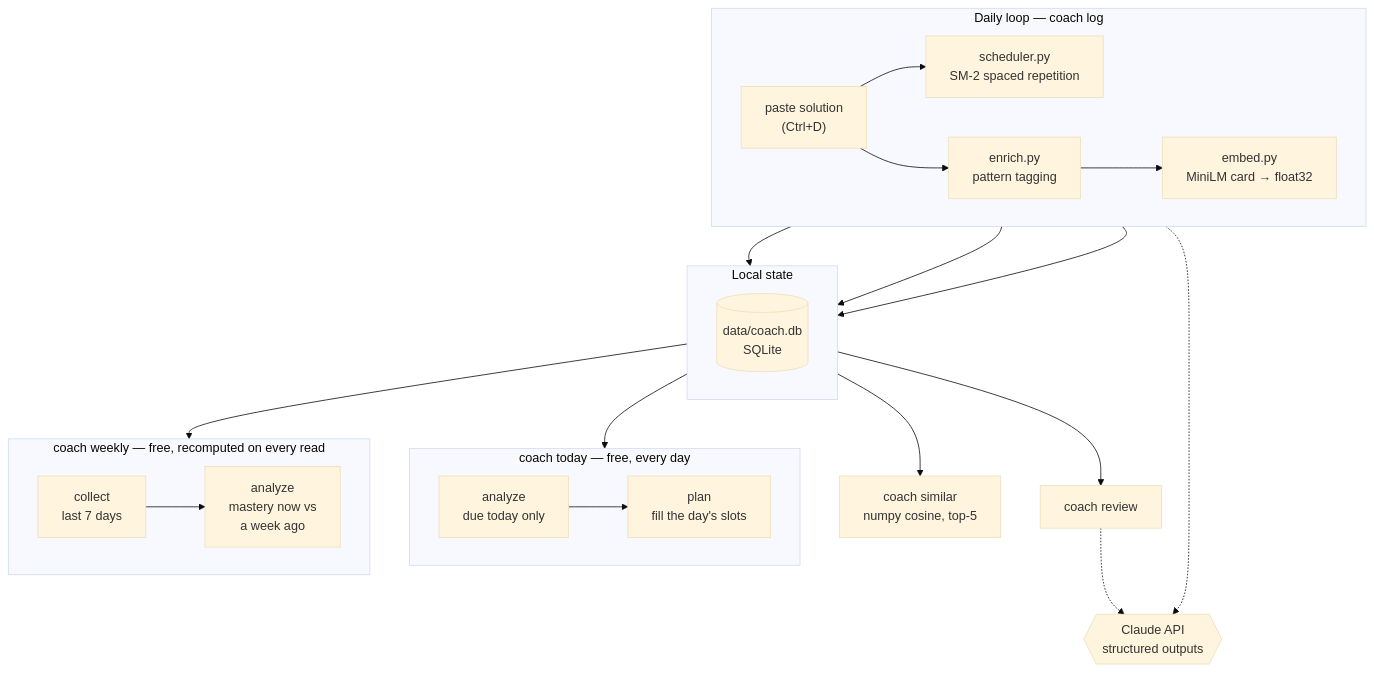
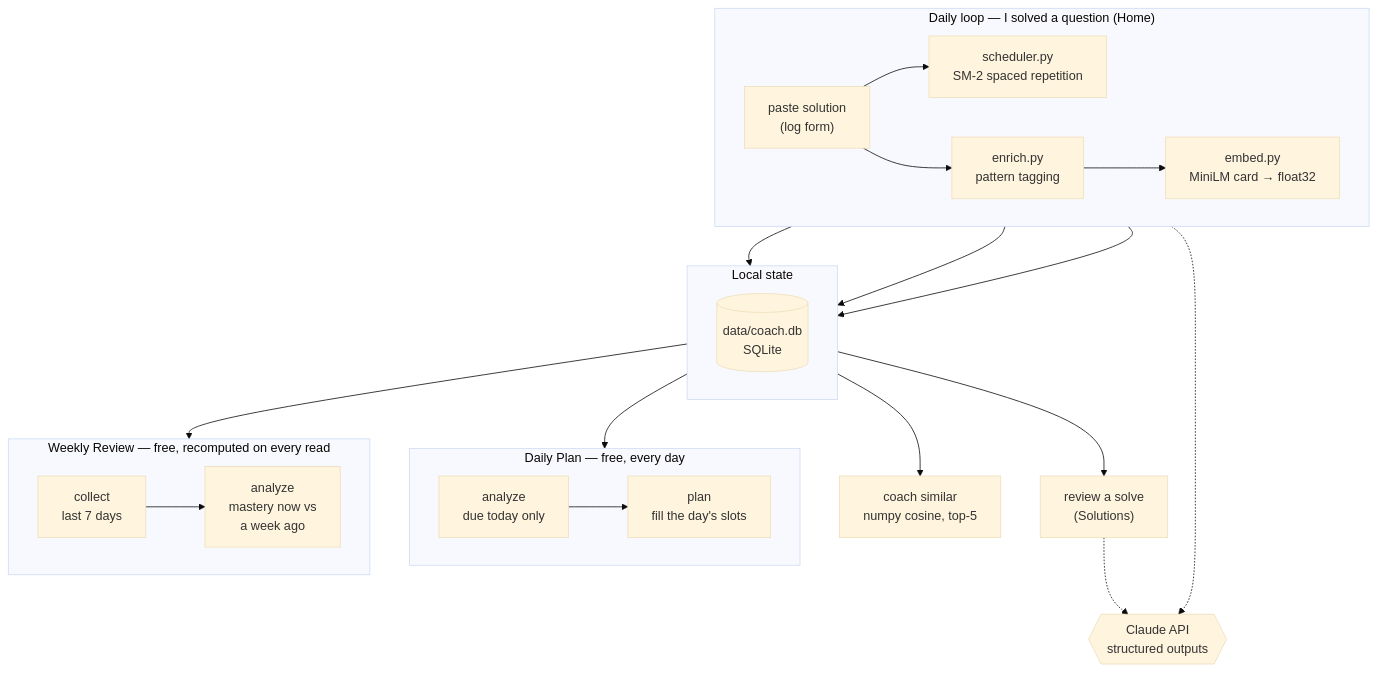
One commit to AvivE453/leetcode-coach changed the diagram in docs/DESIGN.md. Above: the diagram before and after it, drawn with Mermaid (base theme). The commit also changed other lines of this file and 17 other files, not shown here.

````diff
--- a/docs/DESIGN.md
+++ b/docs/DESIGN.md
@@ -10,38 +10,38 @@
 ```mermaid
 flowchart TB
-    subgraph daily ["Daily loop — coach log"]
+    subgraph daily ["Daily loop — I solved a question (Home)"]
         direction LR
-        paste["paste solution<br/>(Ctrl+D)"] --> sm2["scheduler.py<br/>SM-2 spaced repetition"]
+        paste["paste solution<br/>(log form)"] --> sm2["scheduler.py<br/>SM-2 spaced repetition"]
         paste --> enr["enrich.py<br/>pattern tagging"]
         enr --> emb["embed.py<br/>MiniLM card → float32"]
     end
 
     subgraph state ["Local state"]
         direction LR
         db[("data/coach.db<br/>SQLite")]
     end
 
-    subgraph todayp ["coach today — free, every day"]
+    subgraph todayp ["Daily Plan — free, every day"]
         direction LR
         ta["analyze<br/>due today only"] --> tp["plan<br/>fill the day's slots"]
     end
 
-    subgraph weeklyp ["coach weekly — free, recomputed on every read"]
+    subgraph weeklyp ["Weekly Review — free, recomputed on every read"]
         direction LR
         c["collect<br/>last 7 days"] --> a["analyze<br/>mastery now vs<br/>a week ago"]
     end
 
     api{{"Claude API<br/>structured outputs"}}
 
     sm2 --> db
     enr --> db
     emb --> db
     db --> ta
     db --> c
 
     enr -.-> api
 
     db --> sim["coach similar<br/>numpy cosine, top-5"]
-    db --> rev["coach review"]
+    db --> rev["review a solve<br/>(Solutions)"]
     rev -.-> api
 ```
````
